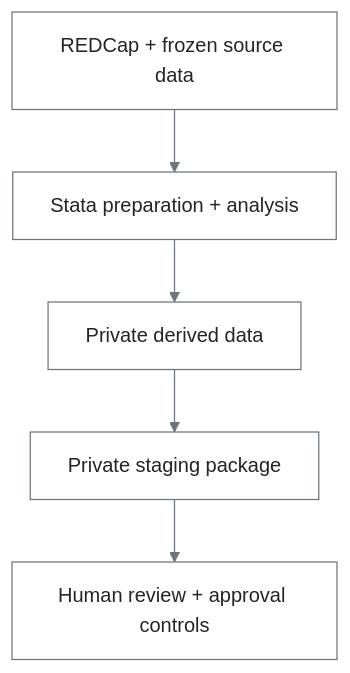
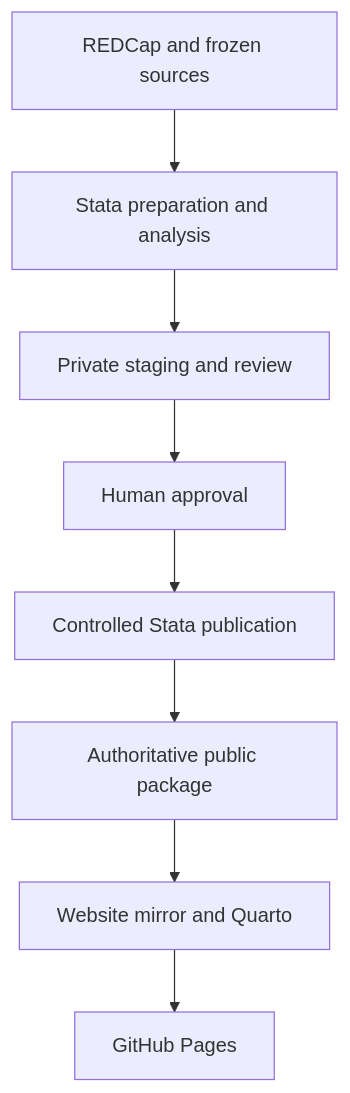
Before and after one commit to UWI-BNR/info-hub: the diagram in site/technical/getting-started/environment.qmd, drawn with Mermaid. The commit also changed other lines of this file and 7 other files, not shown here.

````diff
--- a/site/technical/getting-started/environment.qmd
+++ b/site/technical/getting-started/environment.qmd
@@ -38,17 +24,10 @@
 ```{mermaid}
-%%{init: {"theme":"base","themeVariables":{
-  "background":"transparent",
-  "primaryColor":"#ffffff",
-  "primaryTextColor":"#212529",
-  "primaryBorderColor":"#6c757d",
-  "lineColor":"#6c757d"
-}}}%%
 flowchart TB
-    A["REDCap + frozen source data"]
-    B["Stata preparation + analysis"]
-    C["Private derived data"]
-    D["Private staging package"]
-    E["Human review + approval controls"]
-
-    A --> B --> C --> D --> E
+    A["REDCap and frozen sources"] --> B["Stata preparation and analysis"]
+    B --> C["Private staging and review"]
+    C --> D["Human approval"]
+    D --> E["Controlled Stata publication"]
+    E --> F["Authoritative public package"]
+    F --> G["Website mirror and Quarto"]
+    G --> H["GitHub Pages"]
 ```
````
